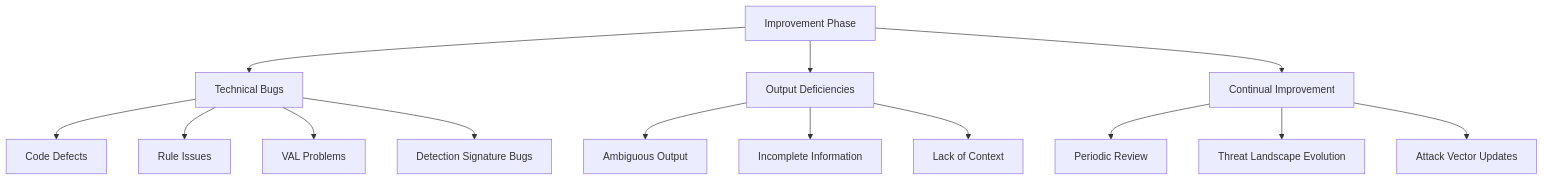
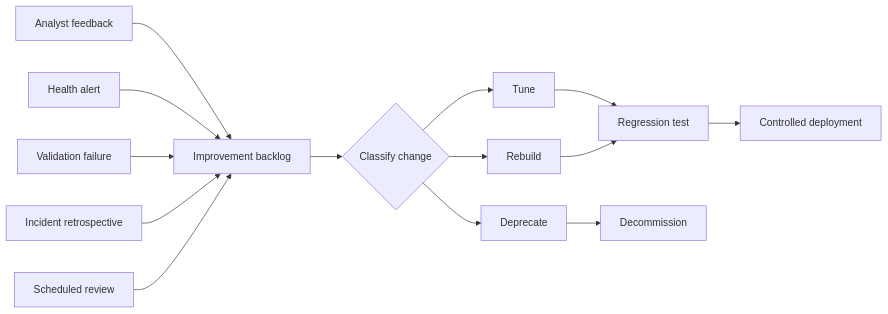
One commit to Ke0xes/Detection-Engineering-Framework changed the diagram in docs/08-improvement-phase.md. Above: the diagram before and after it, drawn with Mermaid. The commit also changed other lines of this file and 31 other files, not shown here.

Commit message:
feat: add detection/use-case schemas, reference implementation, CI gates, metrics chapter, improvement phase rewrite, anchored prioritisation rubric

````diff
--- a/docs/08-improvement-phase.md
+++ b/docs/08-improvement-phase.md
@@ -7,20 +35,16 @@
 ```mermaid
-graph TD
-    A[Improvement Phase] --> B[Technical Bugs]
-    A --> C[Output Deficiencies]
-    A --> D[Continual Improvement]
-    
-    B --> B1[Code Defects]
-    B --> B2[Rule Issues]
-    B --> B3[VAL Problems]
-    B --> B4[Detection Signature Bugs]
-    
-    C --> C1[Ambiguous Output]
-    C --> C2[Incomplete Information]
-    C --> C3[Lack of Context]
-    
-    D --> D1[Periodic Review]
-    D --> D2[Threat Landscape Evolution]
-    D --> D3[Attack Vector Updates]
-    
+flowchart LR
+    T1[Analyst feedback] --> B[Improvement backlog]
+    T2[Health alert] --> B
+    T3[Validation failure] --> B
+    T4[Incident retrospective] --> B
+    T5[Scheduled review] --> B
+    B --> C{Classify change}
+    C --> D[Tune]
+    C --> E[Rebuild]
+    C --> F[Deprecate]
+    D --> G[Regression test]
+    E --> G
+    G --> H[Controlled deployment]
+    F --> I[Decommission]
 ```
````
